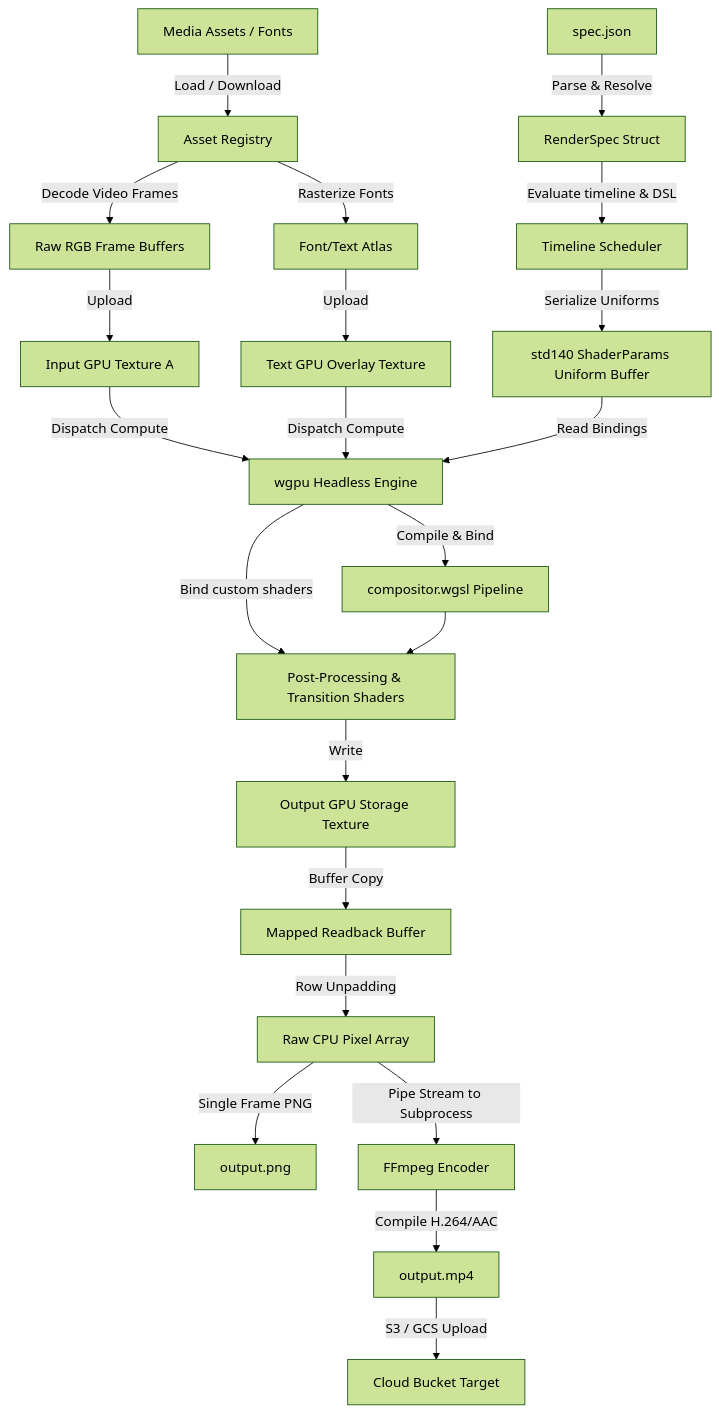
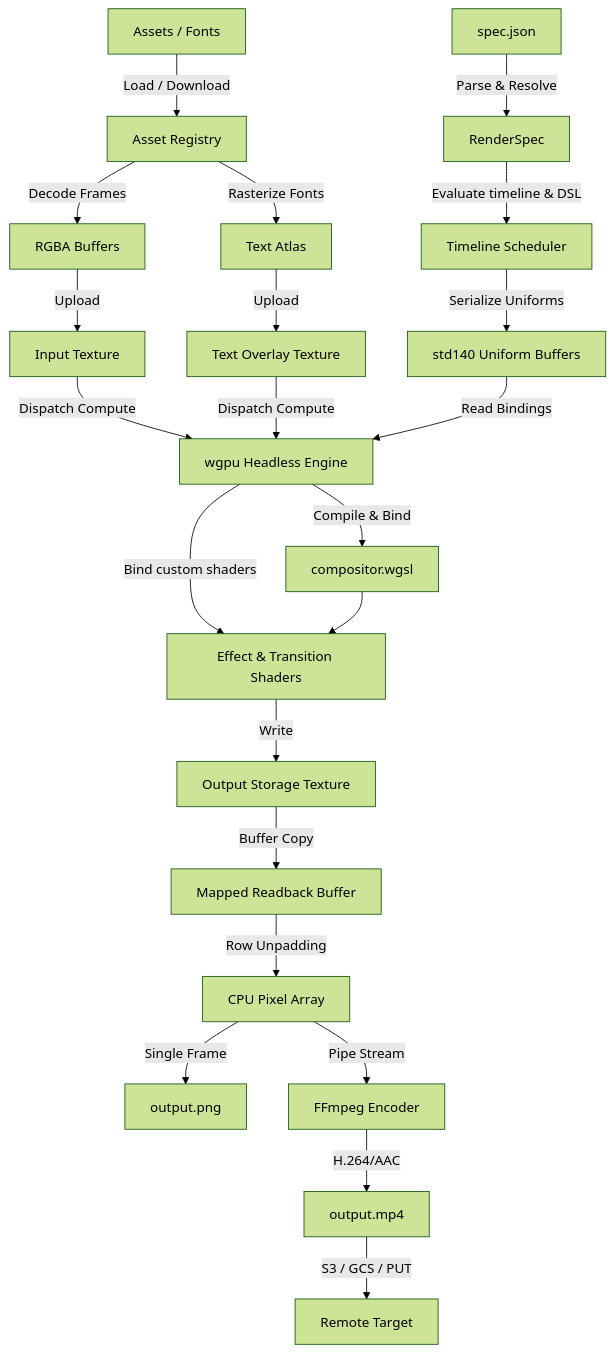
The diagram in README.md (joshink/render), drawn with Mermaid (forest theme) before and after one commit. The commit also changed other lines of this file and 1 other file, not shown here.

First line of the commit message:
docs: formalize input spec and restructure README feature-by-feature

````diff
--- a/README.md
+++ b/README.md
@@ -64,40 +245,30 @@
 ```mermaid
 graph TD
-    %% Input Layer
-    InputSpec[spec.json] -->|Parse & Resolve| Spec[RenderSpec Struct]
-    InputAssets[Media Assets / Fonts] -->|Load / Download| AssetManager[Asset Registry]
-    
-    %% CPU Preparation
+    InputSpec[spec.json] -->|Parse & Resolve| Spec[RenderSpec]
+    InputAssets[Assets / Fonts] -->|Load / Download| AssetManager[Asset Registry]
+
     Spec -->|Evaluate timeline & DSL| Timelines[Timeline Scheduler]
-    AssetManager -->|Rasterize Fonts| FontAtlas[Font/Text Atlas]
-    AssetManager -->|Decode Video Frames| FrameBuffers[Raw RGB Frame Buffers]
-    
-    %% GPU Upload
-    FrameBuffers -->|Upload| GPUTextureA[Input GPU Texture A]
-    FontAtlas -->|Upload| GPUTextureB[Text GPU Overlay Texture]
-    Timelines -->|Serialize Uniforms| ParamsBuf[std140 ShaderParams Uniform Buffer]
-    
-    %% GPU Core Processing
+    AssetManager -->|Rasterize Fonts| FontAtlas[Text Atlas]
+    AssetManager -->|Decode Frames| FrameBuffers[RGBA Buffers]
+
+    FrameBuffers -->|Upload| GPUTextureA[Input Texture]
+    FontAtlas -->|Upload| GPUTextureB[Text Overlay Texture]
+    Timelines -->|Serialize Uniforms| ParamsBuf[std140 Uniform Buffers]
+
     GPUTextureA -->|Dispatch Compute| Engine[wgpu Headless Engine]
     GPUTextureB -->|Dispatch Compute| Engine
     ParamsBuf -->|Read Bindings| Engine
-    
-    %% Shader Execution
-    Engine -->|Compile & Bind| WGSLCompositor[compositor.wgsl Pipeline]
-    Engine -->|Bind custom shaders| WGSLPostProc[Post-Processing & Transition Shaders]
-    
+
+    Engine -->|Compile & Bind| WGSLCompositor[compositor.wgsl]
+    Engine -->|Bind custom shaders| WGSLPostProc[Effect & Transition Shaders]
     WGSLCompositor --> WGSLPostProc
-    WGSLPostProc -->|Write| OutputTexture[Output GPU Storage Texture]
-    
-    %% Output pipeline
+    WGSLPostProc -->|Write| OutputTexture[Output Storage Texture]
+
     OutputTexture -->|Buffer Copy| Readback[Mapped Readback Buffer]
-    Readback -->|Row Unpadding| CPUFrame[Raw CPU Pixel Array]
-    
-    %% Final Serialization
-    CPUFrame -->|Single Frame PNG| SavePNG[output.png]
-    CPUFrame -->|Pipe Stream to Subprocess| FFmpeg[FFmpeg Encoder]
-    FFmpeg -->|Compile H.264/AAC| SaveMP4[output.mp4]
-    
-    %% Cloud Target Upload
-    SaveMP4 -->|S3 / GCS Upload| CloudStorage[Cloud Bucket Target]
+    Readback -->|Row Unpadding| CPUFrame[CPU Pixel Array]
+
+    CPUFrame -->|Single Frame| SavePNG[output.png]
+    CPUFrame -->|Pipe Stream| FFmpeg[FFmpeg Encoder]
+    FFmpeg -->|H.264/AAC| SaveMP4[output.mp4]
+    SaveMP4 -->|S3 / GCS / PUT| CloudStorage[Remote Target]
 ```
````
